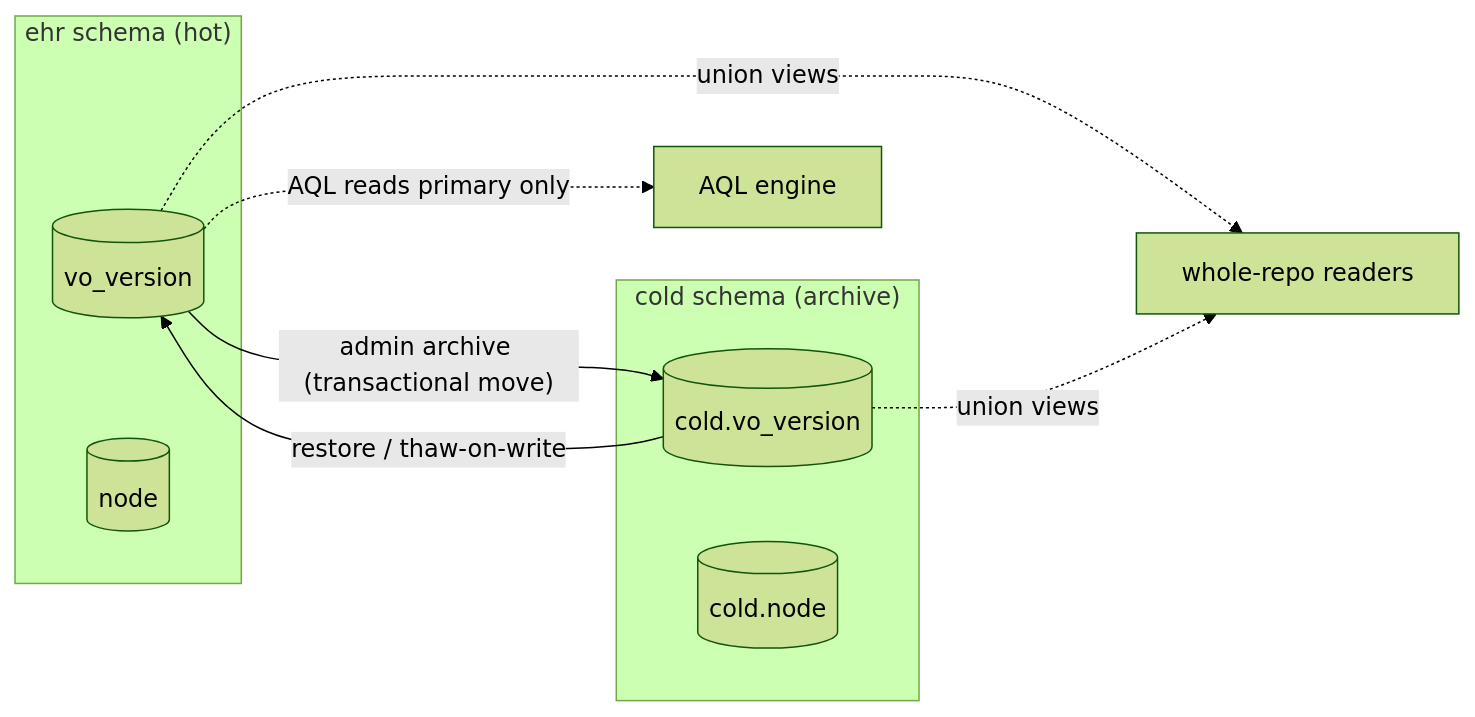
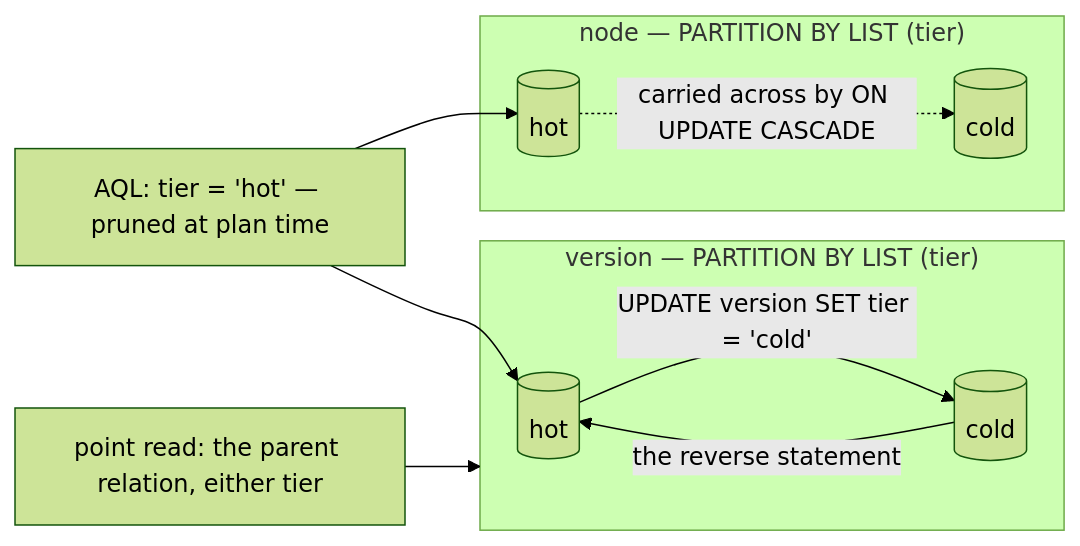
One commit to rubentalstra/FerroEHR changed the sixth of 6 diagrams in website/book/src/concepts/storage.md. Above: the diagram before and after it, drawn with Mermaid (forest theme). The commit also changed other lines of this file and 2 other files, not shown here.

First line of the commit message:
docs: the storage page, the architecture record and the security chapter describe the second generation

````diff
--- a/website/book/src/concepts/storage.md
+++ b/website/book/src/concepts/storage.md
@@ -329,15 +375,17 @@
 ```mermaid
 flowchart LR
-    subgraph primary ["ehr schema (hot)"]
-        pv[(vo_version)]
-        pn[(node)]
+    subgraph version ["version — PARTITION BY LIST (tier)"]
+        vh[(hot)]
+        vc[(cold)]
     end
-    subgraph coldtier ["cold schema (archive)"]
-        cv[(cold.vo_version)]
-        cn[(cold.node)]
+    subgraph node ["node — PARTITION BY LIST (tier)"]
+        nh[(hot)]
+        nc[(cold)]
     end
-    pv -- "admin archive (transactional move)" --> cv
-    cv -- "restore / thaw-on-write" --> pv
-    pv -. "AQL reads primary only" .-> aql[AQL engine]
-    pv & cv -. "union views" .-> dump[whole-repo readers]
+    vh -- "UPDATE version SET tier = 'cold'" --> vc
+    vc -- "the reverse statement" --> vh
+    nh -. "carried across by ON UPDATE CASCADE" .-> nc
+    aql["AQL: tier = 'hot' — pruned at plan time"] --> vh
+    aql --> nh
+    point["point read: the parent relation, either tier"] --> version
 ```
````
